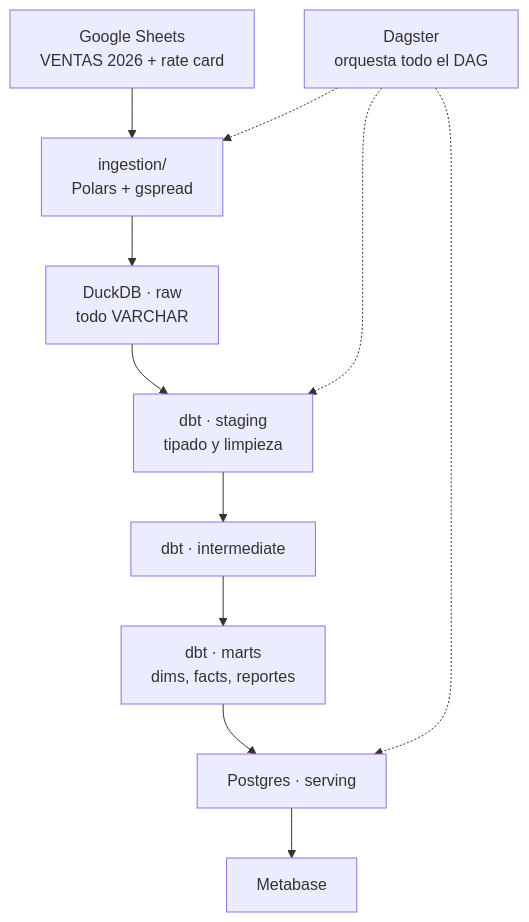
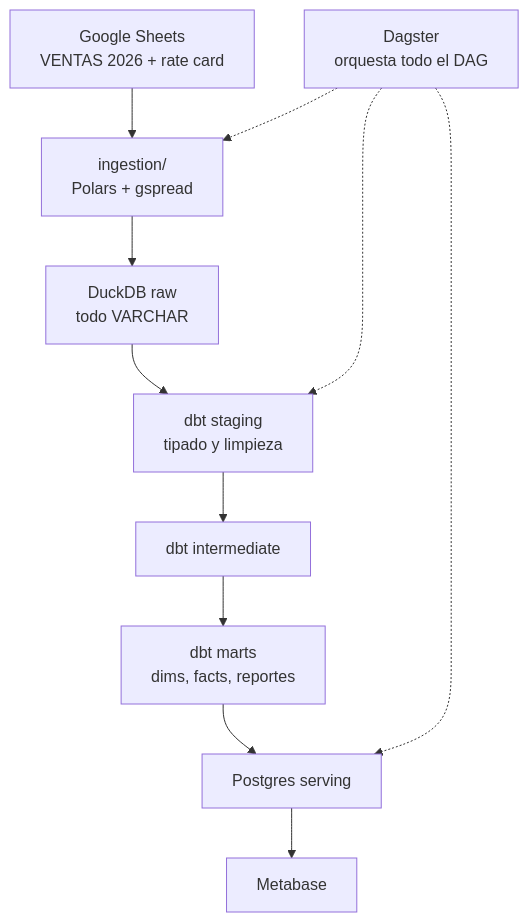
Before and after one commit to SabaM10/mym-waffles-data: the diagram in docs/arquitectura.md, drawn with Mermaid. The commit also changed 1 other file, not shown here.

Commit message:
fix(docs): remove non-ascii chars breaking mermaid rendering on github

````diff
--- a/docs/arquitectura.md
+++ b/docs/arquitectura.md
@@ -33,17 +33,17 @@
 ```mermaid
 flowchart TD
     GS["Google Sheets<br/>VENTAS 2026 + rate card"]
     ING["ingestion/<br/>Polars + gspread"]
-    RAW["DuckDB · raw<br/>todo VARCHAR"]
-    STG["dbt · staging<br/>tipado y limpieza"]
-    INT["dbt · intermediate"]
-    MARTS["dbt · marts<br/>dims, facts, reportes"]
-    PG["Postgres · serving"]
+    RAW["DuckDB raw<br/>todo VARCHAR"]
+    STG["dbt staging<br/>tipado y limpieza"]
+    INT["dbt intermediate"]
+    MARTS["dbt marts<br/>dims, facts, reportes"]
+    PG["Postgres serving"]
     MB["Metabase"]
     DAG["Dagster<br/>orquesta todo el DAG"]
 
     GS --> ING --> RAW --> STG --> INT --> MARTS --> PG --> MB
     DAG -.-> ING
     DAG -.-> STG
     DAG -.-> PG
 ```
````
